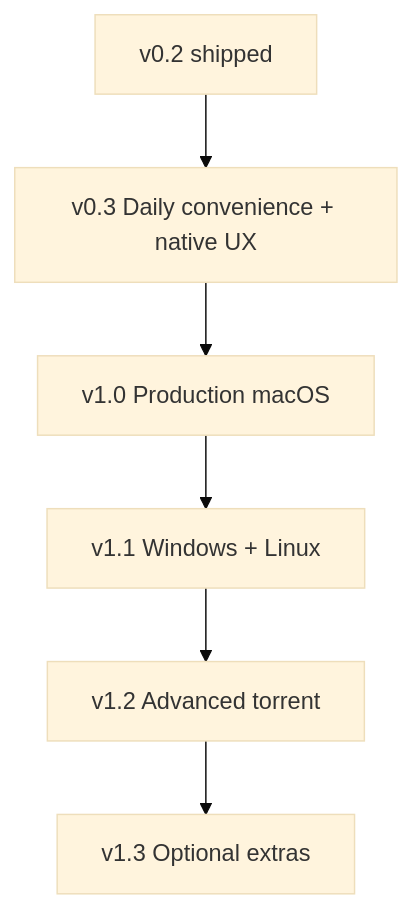
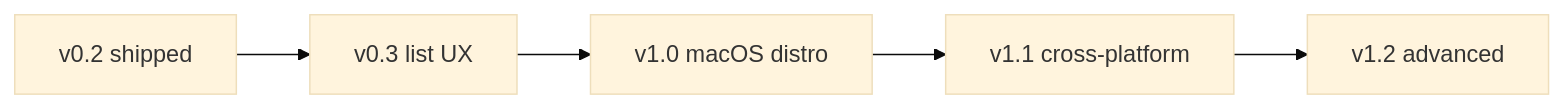
The diagram in docs/planning/FUTURE.md (dineshkn-dev/torrex-desktop), drawn with Mermaid (base theme) before and after one commit. The commit also changed other lines of this file and 26 other files, not shown here.

````diff
--- a/docs/planning/FUTURE.md
+++ b/docs/planning/FUTURE.md
@@ -151,14 +115,9 @@
 ```mermaid
-flowchart TB
+flowchart LR
   v02[v0.2 shipped]
-  v03[v0.3 Daily convenience + native UX]
-  v10[v1.0 Production macOS]
-  v11[v1.1 Windows + Linux]
-  v12[v1.2 Advanced torrent]
-  v13[v1.3 Optional extras]
-  v02 --> v03
-  v03 --> v10
-  v10 --> v11
-  v11 --> v12
-  v12 --> v13
+  v03[v0.3 list UX]
+  v10[v1.0 macOS distro]
+  v11[v1.1 cross-platform]
+  v12[v1.2 advanced]
+  v02 --> v03 --> v10 --> v11 --> v12
 ```
````
